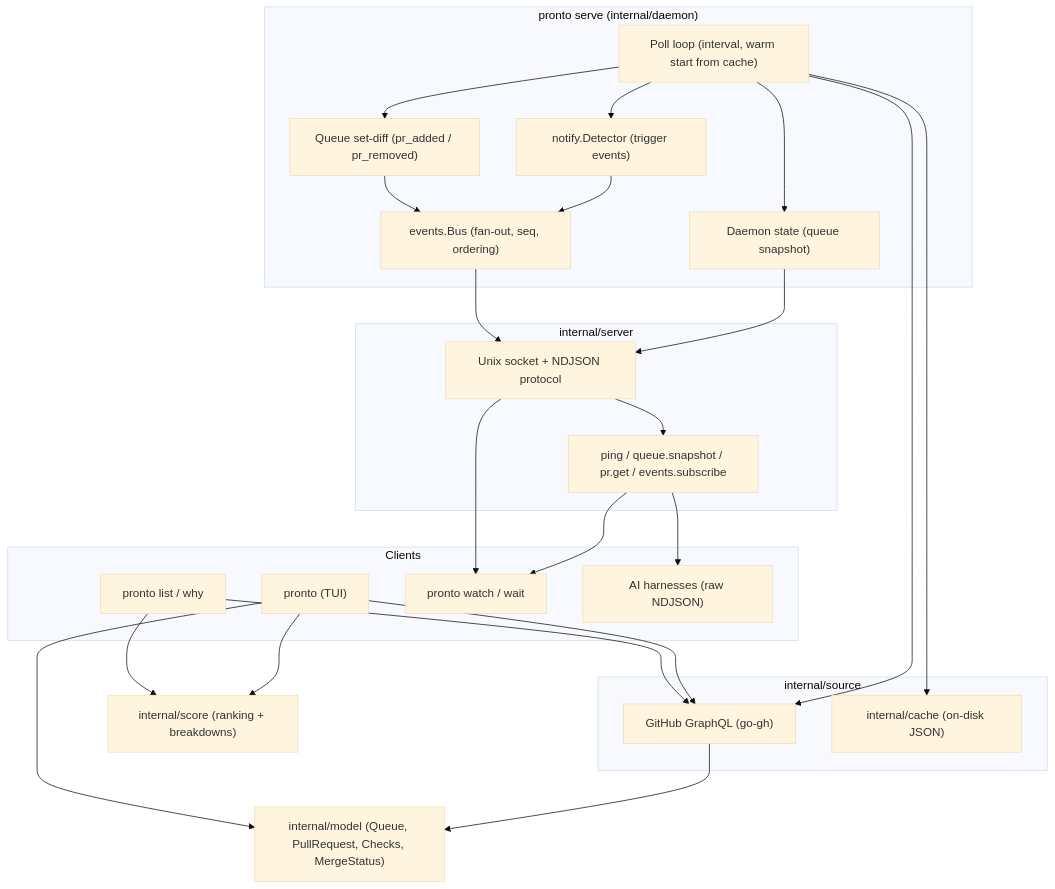
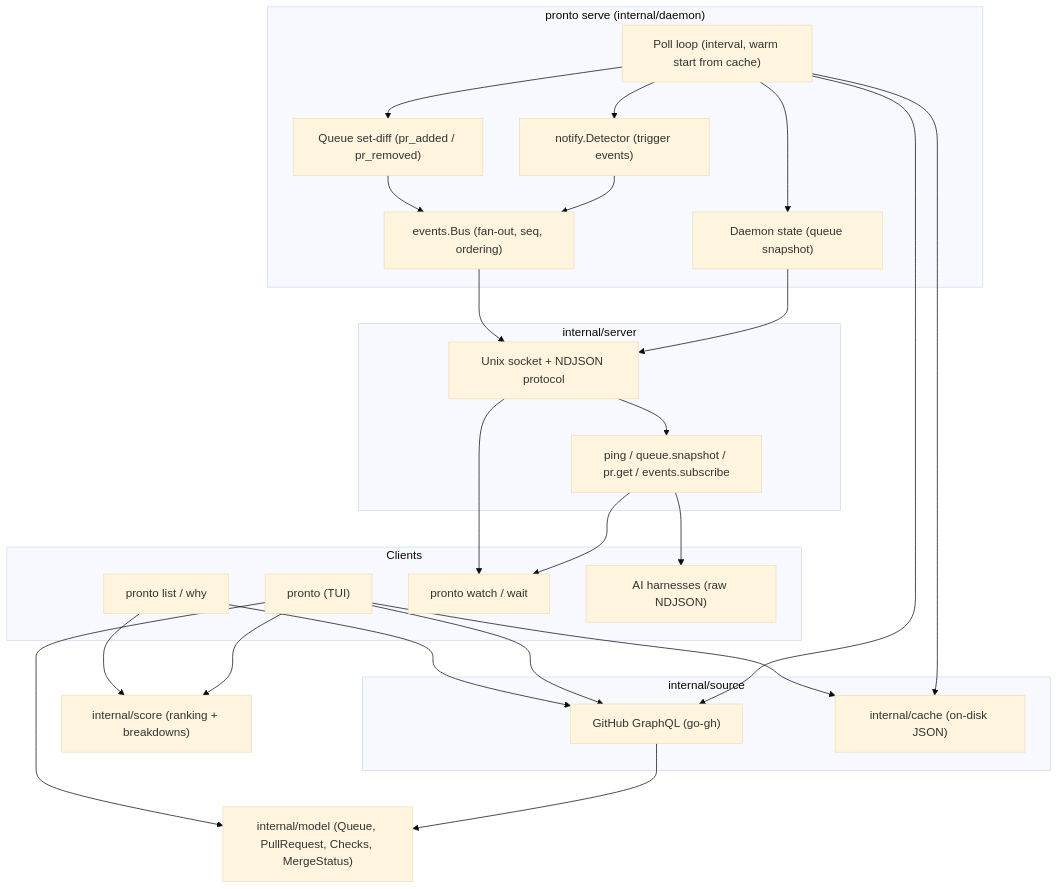
Before and after one commit to kalverra/pronto: the first of 2 diagrams in docs/architecture.md, drawn with Mermaid (base theme). The commit also changed other lines of this file, not shown here.

Commit message:
docs(architecture): document focus tab and cache-persisted focus state

````diff
--- a/docs/architecture.md
+++ b/docs/architecture.md
@@ -29,51 +53,52 @@
 ```mermaid
 flowchart TB
     subgraph clients["Clients"]
         tui["pronto (TUI)"]
         cli["pronto list / why"]
         wrappers["pronto watch / wait"]
         agents["AI harnesses (raw NDJSON)"]
     end
 
     subgraph daemonpkg["pronto serve (internal/daemon)"]
         loop["Poll loop (interval, warm start from cache)"]
         detector["notify.Detector (trigger events)"]
         diff["Queue set-diff (pr_added / pr_removed)"]
         bus["events.Bus (fan-out, seq, ordering)"]
         state["Daemon state (queue snapshot)"]
     end
 
     subgraph serverpkg["internal/server"]
         socket["Unix socket + NDJSON protocol"]
         methods["ping / queue.snapshot / pr.get / events.subscribe"]
     end
 
     subgraph sourcepkg["internal/source"]
         graphql["GitHub GraphQL (go-gh)"]
         cache["internal/cache (on-disk JSON)"]
     end
 
     model["internal/model (Queue, PullRequest, Checks, MergeStatus)"]
     score["internal/score (ranking + breakdowns)"]
 
     loop --> graphql
     loop --> cache
     graphql --> model
     loop --> detector
     loop --> diff
     detector --> bus
     diff --> bus
     loop --> state
     state --> socket
     bus --> socket
     socket --> methods
     methods --> wrappers
     methods --> agents
     socket --> wrappers
 
     tui --> graphql
     tui --> model
     tui --> score
+    tui --> cache
     cli --> graphql
     cli --> score
 ```
````
